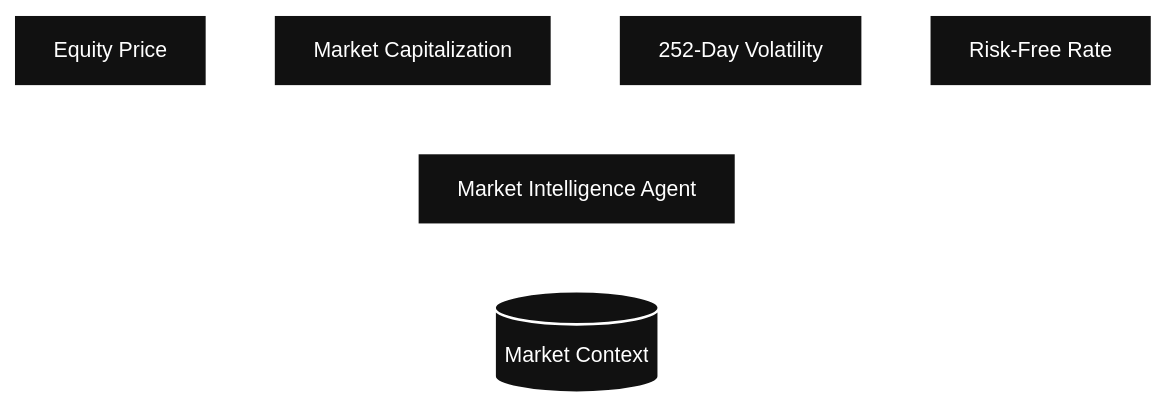
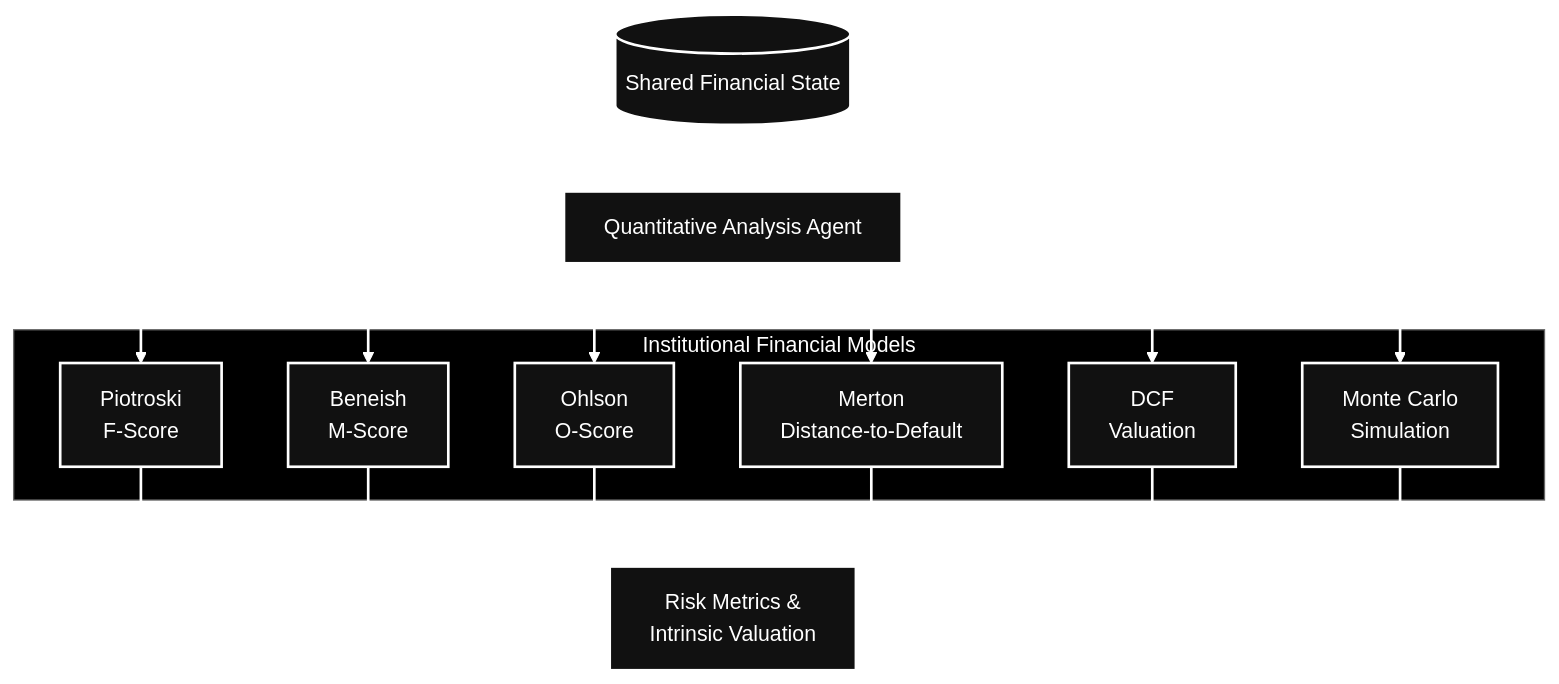
Before and after one commit to Shiva498689/GDG_PS: the diagram in README.md, drawn with Mermaid (neutral theme).

````diff
--- a/README.md
+++ b/README.md
@@ -1,28 +1,49 @@
 ```mermaid
 flowchart TB
 
-    PRICE["Equity Price"]
+    STATE[(Shared Financial State)]
 
-    CAP["Market Capitalization"]
+    AGENT["Quantitative Analysis Agent"]
 
-    VOL["252-Day Volatility"]
+    subgraph MODELS["Institutional Financial Models"]
 
-    RATE["Risk-Free Rate"]
+        F["Piotroski<br/>F-Score"]
 
-    AGENT["Market Intelligence Agent"]
+        B["Beneish<br/>M-Score"]
 
-    OUTPUT[(Market Context)]
+        O["Ohlson<br/>O-Score"]
 
-    PRICE --> AGENT
-    CAP --> AGENT
-    VOL --> AGENT
-    RATE --> AGENT
+        M["Merton<br/>Distance-to-Default"]
 
-    AGENT --> OUTPUT
+        D["DCF<br/>Valuation"]
+
+        MC["Monte Carlo<br/>Simulation"]
+
+    end
+
+    OUTPUT["Risk Metrics &<br/>Intrinsic Valuation"]
+
+    STATE --> AGENT
+
+    AGENT --> F
+    AGENT --> B
+    AGENT --> O
+    AGENT --> M
+    AGENT --> D
+    AGENT --> MC
+
+    F --> OUTPUT
+    B --> OUTPUT
+    O --> OUTPUT
+    M --> OUTPUT
+    D --> OUTPUT
+    MC --> OUTPUT
 
     classDef dark fill:#111111,stroke:#FFFFFF,color:#FFFFFF,stroke-width:2px;
 
-    class PRICE,CAP,VOL,RATE,AGENT,OUTPUT dark;
+    class STATE,AGENT,F,B,O,M,D,MC,OUTPUT dark;
+
+    style MODELS fill:#000000,stroke:#666666,color:#FFFFFF
 
     linkStyle default stroke:#FFFFFF,stroke-width:2px
 ```
````
